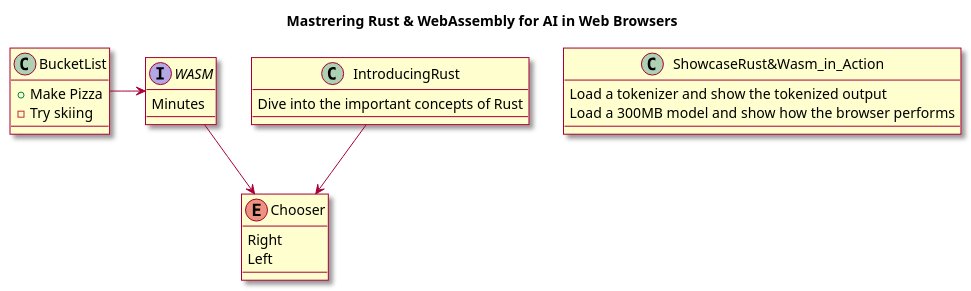
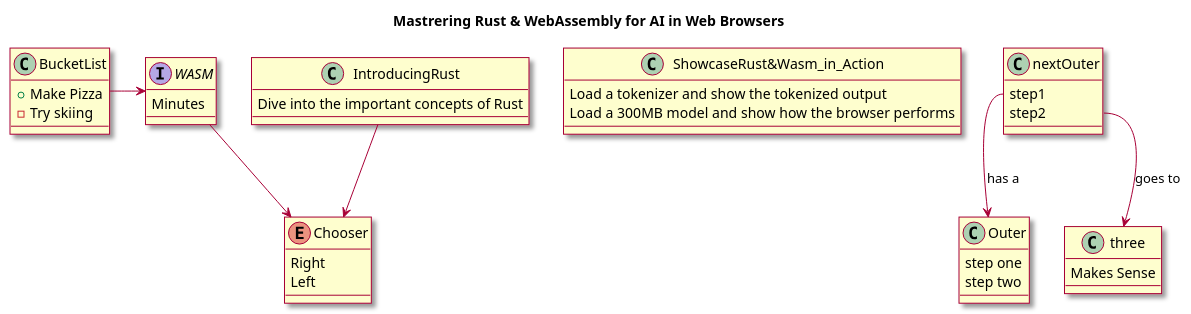
Before and after one commit to insightbuilder/codeai_fusion: the second of 17 diagrams in fw_ex/explorin_diags/practicing_diagramming.md, drawn with PlantUML. The commit also changed other lines of this file and 12 other files, not shown here.

````diff
--- a/fw_ex/explorin_diags/practicing_diagramming.md
+++ b/fw_ex/explorin_diags/practicing_diagramming.md
@@ -31,28 +31,46 @@
 ```plantuml
 skin rose
 
 title Mastrering Rust & WebAssembly for AI in Web Browsers
 
 
 Class "ShowcaseRust&Wasm_in_Action"{
     Load a tokenizer and show the tokenized output
     Load a 300MB model and show how the browser performs
 }
 Class IntroducingRust{
     Dive into the important concepts of Rust
 }
 Enum Chooser {
     Right
     Left
 }
 IntroducingRust --> Chooser
 Interface WASM {
     Minutes
 }
 class BucketList{
     + Make Pizza
     - Try skiing
 }
 BucketList -> WASM 
 WASM --> Chooser
+
+
+Class Outer {
+    step one
+    step two
+}
+
+Class three{
+    Makes Sense
+}
+
+Class nextOuter{
+    step1
+    step2
+}
+
+nextOuter::step1 --> Outer : "has a"
+nextOuter::step2 --> three : "goes to"
 ```
````
